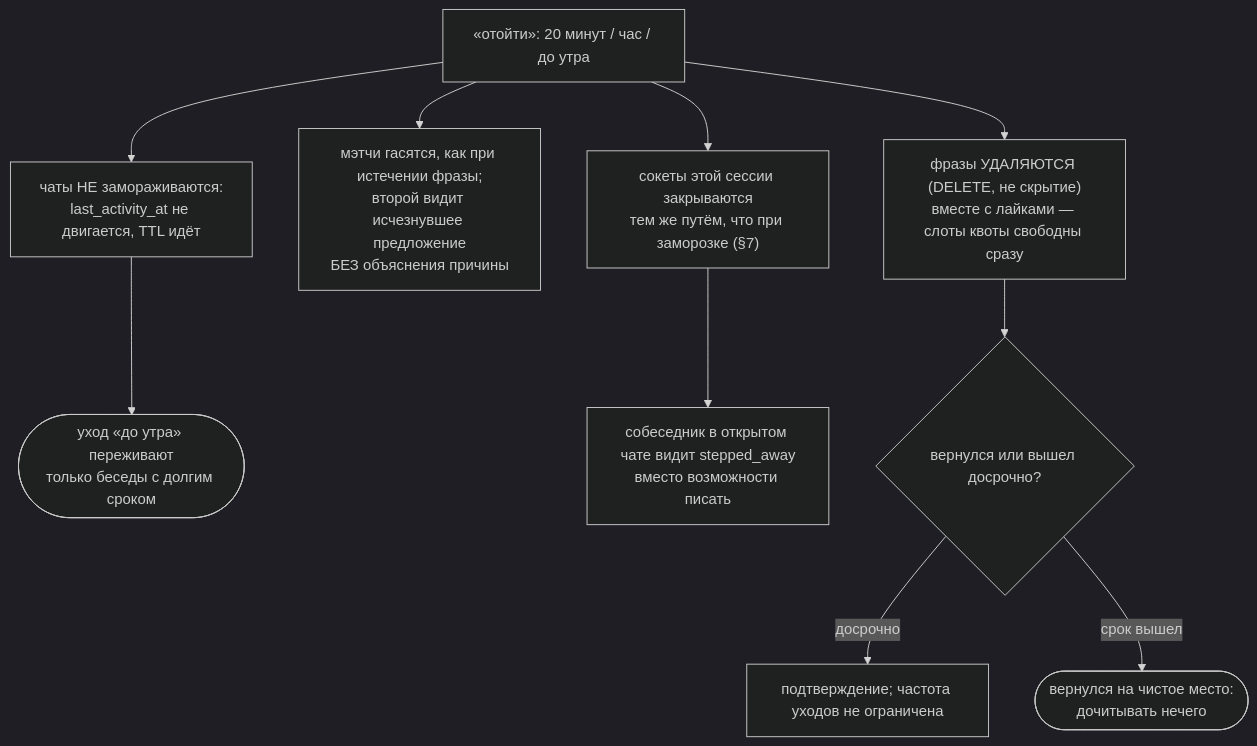
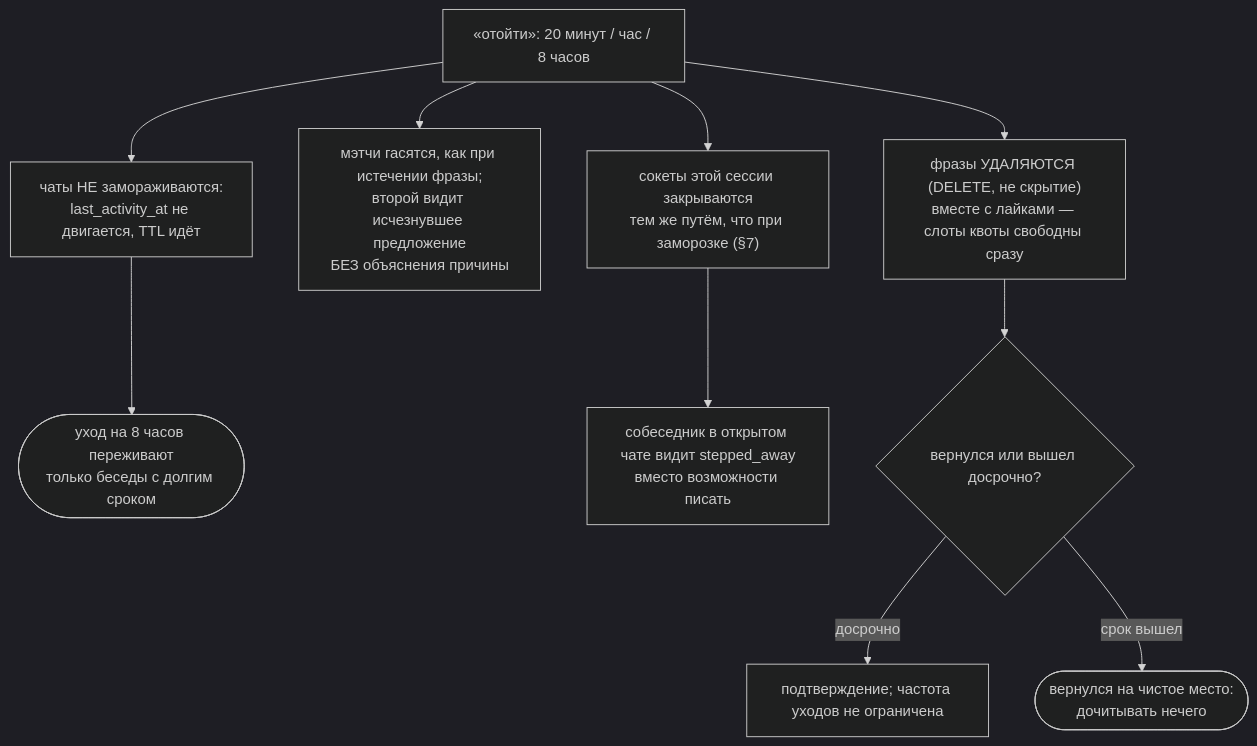
Before and after one commit to panov-id/xor.ad: diagram 30 of 30 in docs/chat-flows_RU.md, drawn with Mermaid (dark theme). The commit also changed other lines of this file and 10 other files, not shown here.

````diff
--- a/docs/chat-flows_RU.md
+++ b/docs/chat-flows_RU.md
@@ -962,12 +961,12 @@
 ```mermaid
 flowchart TD
-  away["«отойти»: 20 минут / час / до утра"] --> del["фразы УДАЛЯЮТСЯ #40;DELETE, не скрытие#41;<br/>вместе с лайками — слоты квоты свободны сразу"]
+  away["«отойти»: 20 минут / час / 8 часов"] --> del["фразы УДАЛЯЮТСЯ #40;DELETE, не скрытие#41;<br/>вместе с лайками — слоты квоты свободны сразу"]
   away --> match["мэтчи гасятся, как при истечении фразы;<br/>второй видит исчезнувшее предложение<br/>БЕЗ объяснения причины"]
   away --> sock["сокеты этой сессии закрываются<br/>тем же путём, что при заморозке #40;§7#41;"]
   away --> chats["чаты НЕ замораживаются:<br/>last_activity_at не двигается, TTL идёт"]
-  chats --> price(["уход «до утра» переживают<br/>только беседы с долгим сроком"])
+  chats --> price(["уход на 8 часов переживают<br/>только беседы с долгим сроком"])
   sock --> peer["собеседник в открытом чате видит stepped_away<br/>вместо возможности писать"]
   del --> back{"вернулся или вышел досрочно?"}
   back -- "досрочно" --> confirm["подтверждение; частота уходов не ограничена"]
   back -- "срок вышел" --> clean(["вернулся на чистое место:<br/>дочитывать нечего"])
 ```
````
